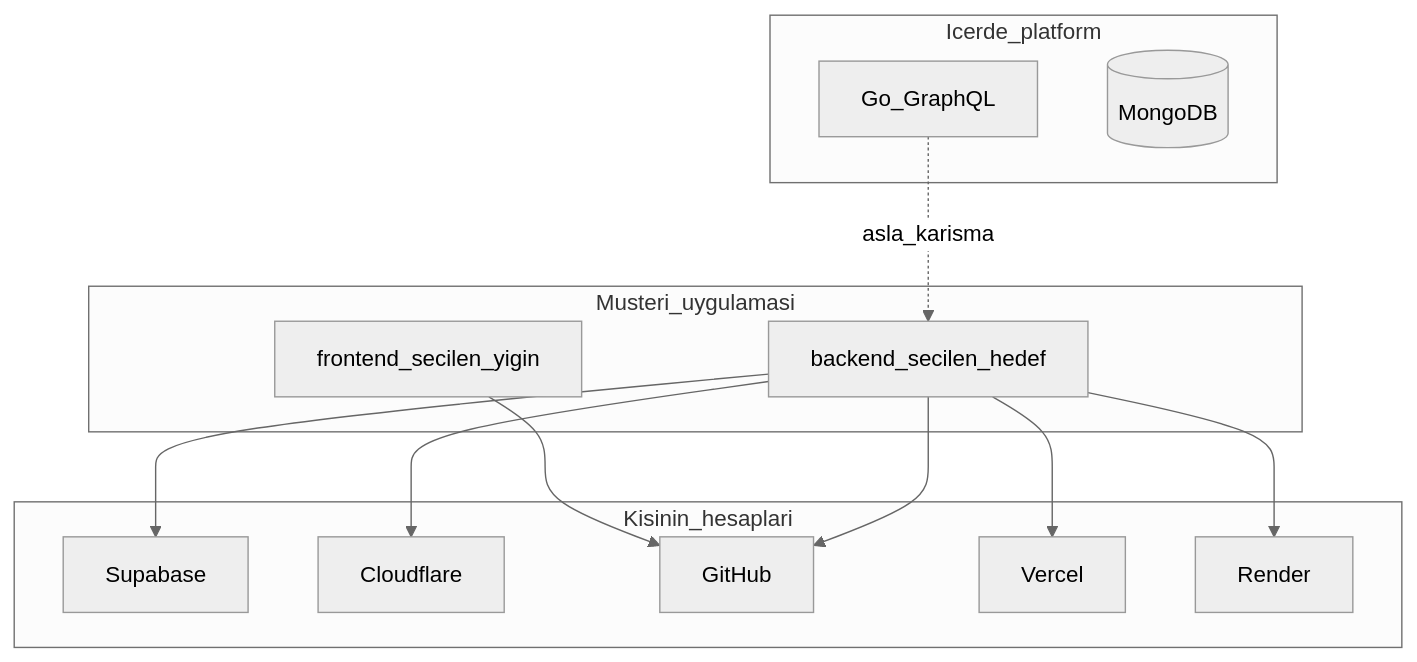
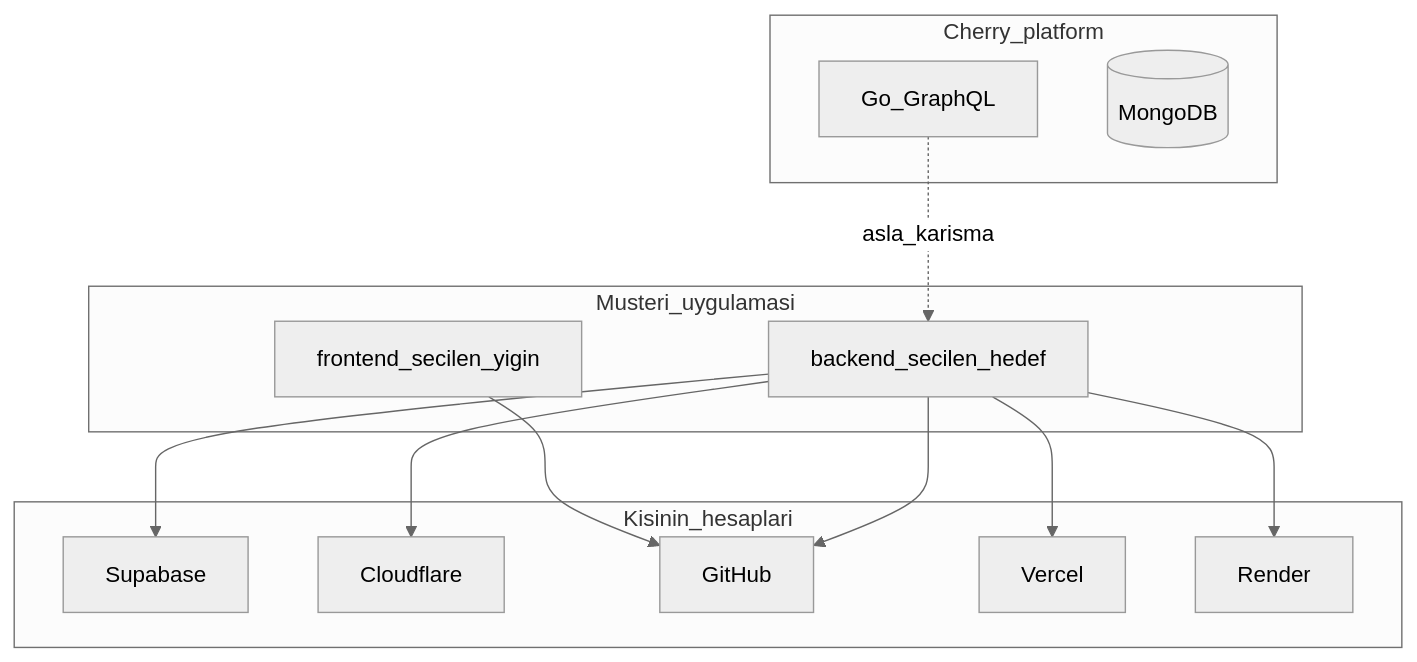
One commit to emrahyasinisik/Cherry changed the first of 2 diagrams in docs/connections.md. Above: the diagram before and after it, drawn with Mermaid (neutral theme). The commit also changed other lines of this file and 124 other files, not shown here.

First line of the commit message:
Rename the studio brand from Icerde to Cherry.

````diff
--- a/docs/connections.md
+++ b/docs/connections.md
@@ -26,25 +26,25 @@
 ```mermaid
 flowchart TB
-  subgraph icerde [Icerde_platform]
+  subgraph cherry [Cherry_platform]
     GQL[Go_GraphQL]
     Mongo[(MongoDB)]
   end
   subgraph customer [Musteri_uygulamasi]
     FE[frontend_secilen_yigin]
     BE[backend_secilen_hedef]
   end
   subgraph accounts [Kisinin_hesaplari]
     SB[Supabase]
     CF[Cloudflare]
     GH[GitHub]
     VE[Vercel]
     RE[Render]
   end
   GQL -.->|asla_karisma| BE
   BE --> SB
   BE --> CF
   FE --> GH
   BE --> GH
   BE --> VE
   BE --> RE
 ```
````
